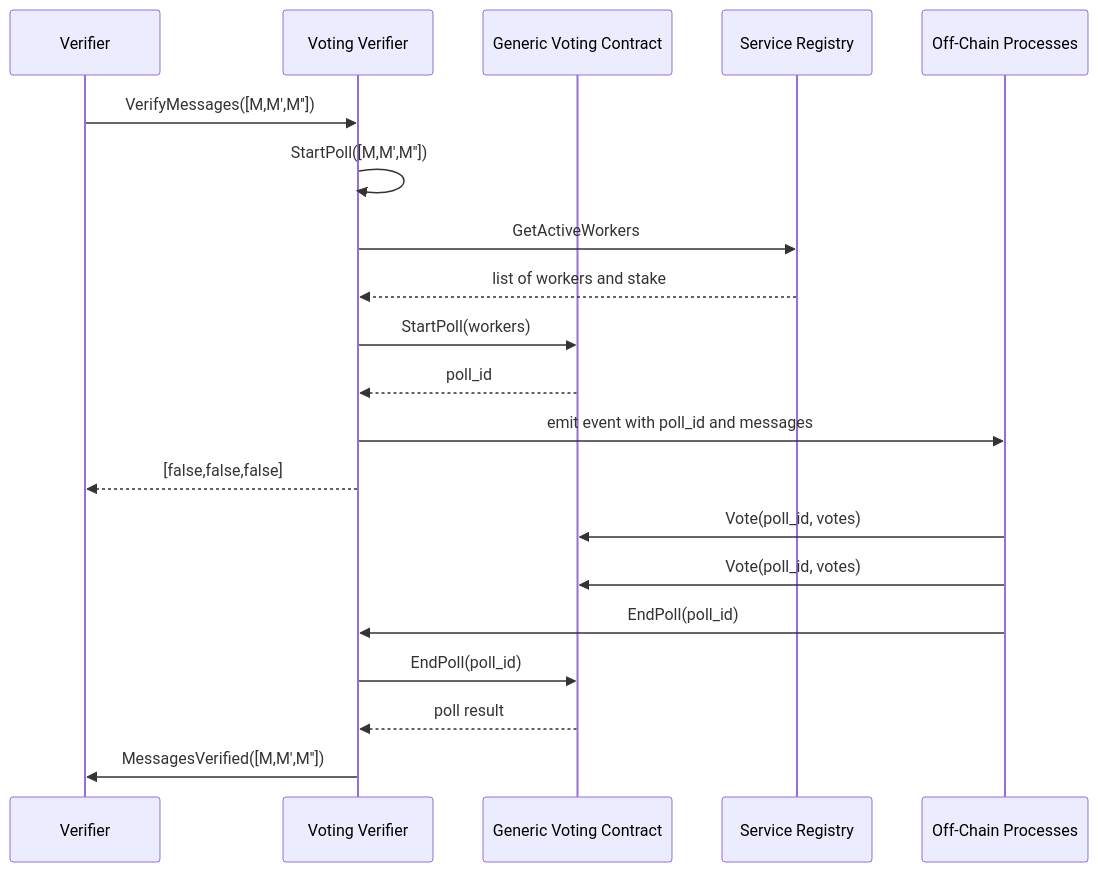
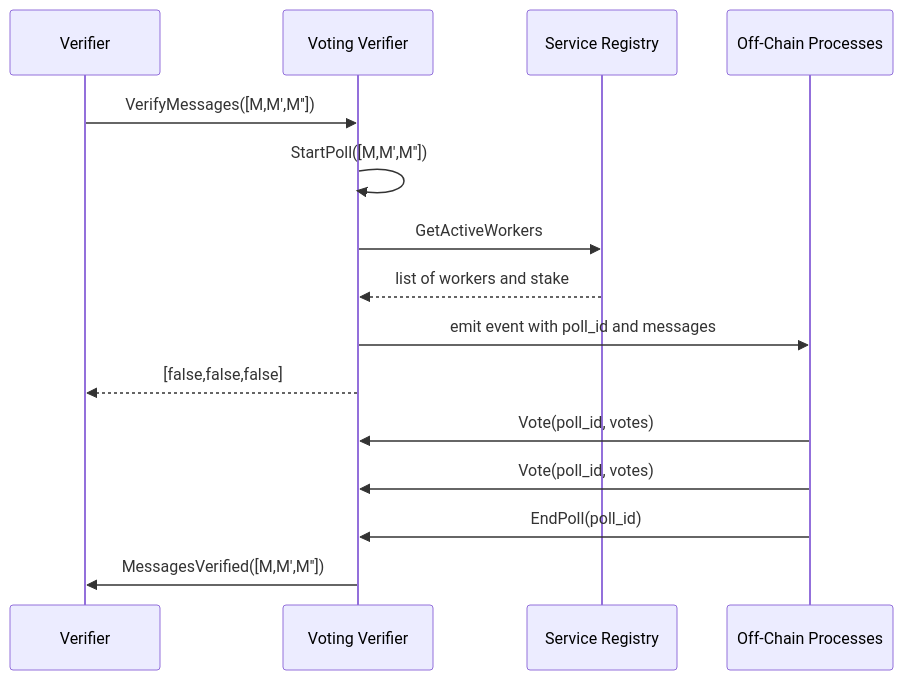
Before and after one commit to axelarnetwork/axelar-amplifier: the second of 2 diagrams in contracts/voting-verifier/README.md, drawn with Mermaid. The commit also changed other lines of this file and 5 other files, not shown here.

Commit message:
remove generic voting contract

````diff
--- a/contracts/voting-verifier/README.md
+++ b/contracts/voting-verifier/README.md
@@ -34,31 +31,24 @@
 ```mermaid
 sequenceDiagram
 participant Verifier
 participant Voting Verifier
-participant Generic Voting Contract
 participant Service Registry
 participant OC as Off-Chain Processes
 
 
 Verifier->>Voting Verifier: VerifyMessages([M,M',M''])
+
 Voting Verifier->>Voting Verifier: StartPoll([M,M',M''])
-
-
 Voting Verifier->>Service Registry: GetActiveWorkers
 Service Registry-->>Voting Verifier: list of workers and stake
-Voting Verifier->>Generic Voting Contract: StartPoll(workers)
-Generic Voting Contract-->>Voting Verifier: poll_id
 Voting Verifier->>OC: emit event with poll_id and messages
 Voting Verifier-->>Verifier: [false,false,false]
 
-OC->>Generic Voting Contract: Vote(poll_id, votes)
-OC->>Generic Voting Contract: Vote(poll_id, votes)
+OC->>Voting Verifier: Vote(poll_id, votes)
+OC->>Voting Verifier: Vote(poll_id, votes)
 
 OC->>Voting Verifier: EndPoll(poll_id)
-Voting Verifier->>Generic Voting Contract: EndPoll(poll_id)
-Generic Voting Contract-->>Voting Verifier: poll result
-
 Voting Verifier->>Verifier: MessagesVerified([M,M',M''])
 
 
 ```
````
